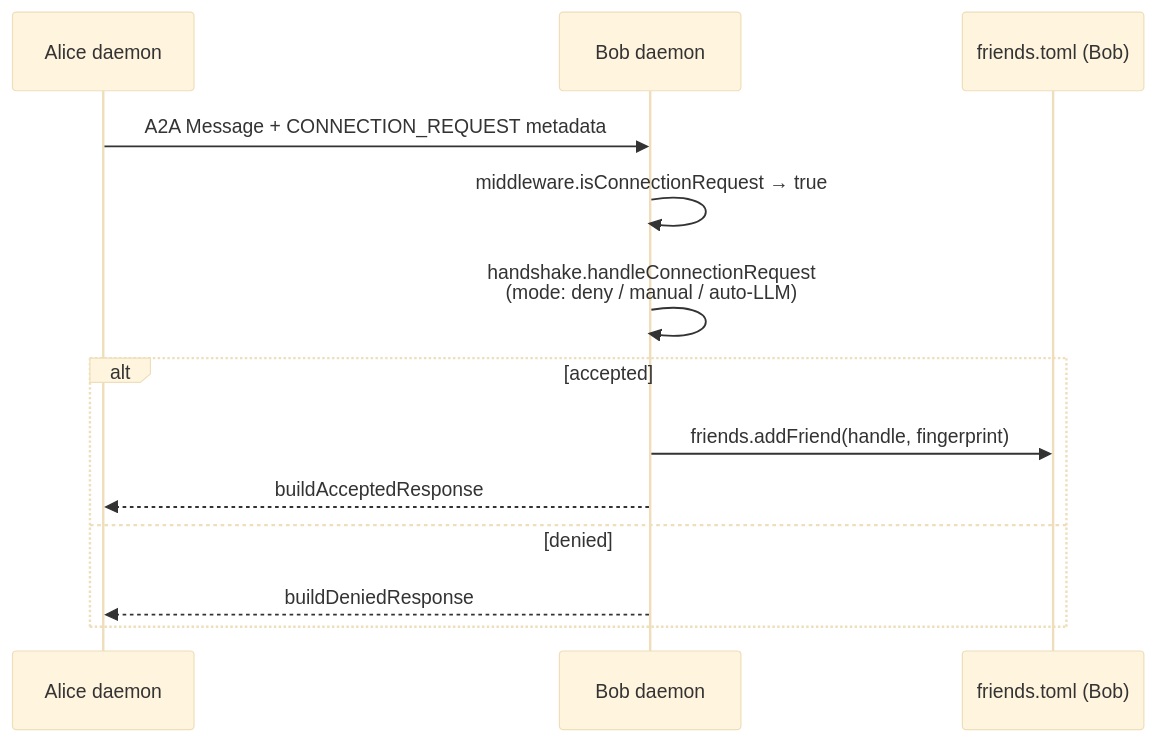
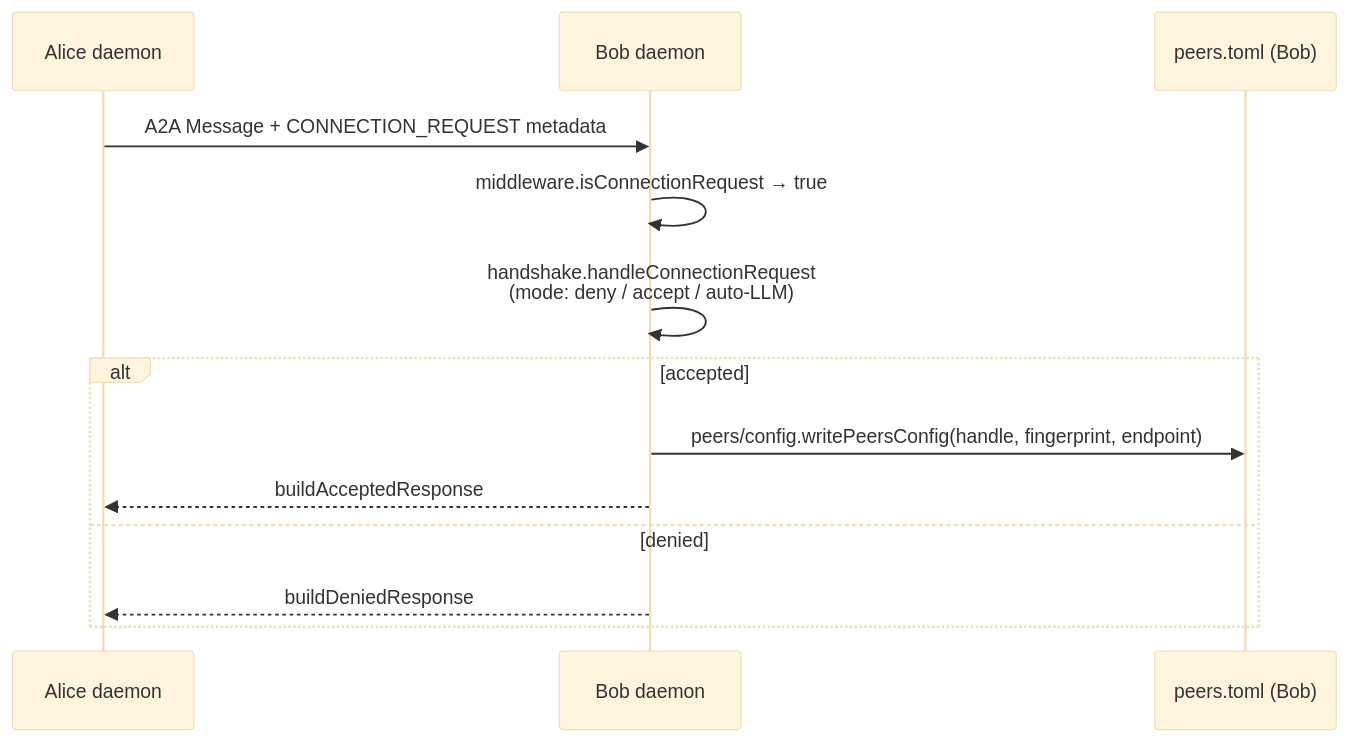
The fourth of 5 diagrams in docs/architecture.md (Jellypod-Inc/tidepool), drawn with Mermaid (base theme) before and after one commit. The commit also changed other lines of this file and 38 other files, not shown here.

First line of the commit message:
refactor(unified-peers): remove friends.toml and remotes.toml; peers.toml is the single trust store

````diff
--- a/docs/architecture.md
+++ b/docs/architecture.md
@@ -199,16 +199,16 @@
 ```mermaid
 sequenceDiagram
   participant A as Alice daemon
   participant B as Bob daemon
-  participant Cfg as friends.toml (Bob)
+  participant Cfg as peers.toml (Bob)
 
   A->>B: A2A Message + CONNECTION_REQUEST metadata
   B->>B: middleware.isConnectionRequest → true
-  B->>B: handshake.handleConnectionRequest<br/>(mode: deny / manual / auto-LLM)
+  B->>B: handshake.handleConnectionRequest<br/>(mode: deny / accept / auto-LLM)
   alt accepted
-    B->>Cfg: friends.addFriend(handle, fingerprint)
+    B->>Cfg: peers/config.writePeersConfig(handle, fingerprint, endpoint)
     B-->>A: buildAcceptedResponse
   else denied
     B-->>A: buildDeniedResponse
   end
 ```
````
